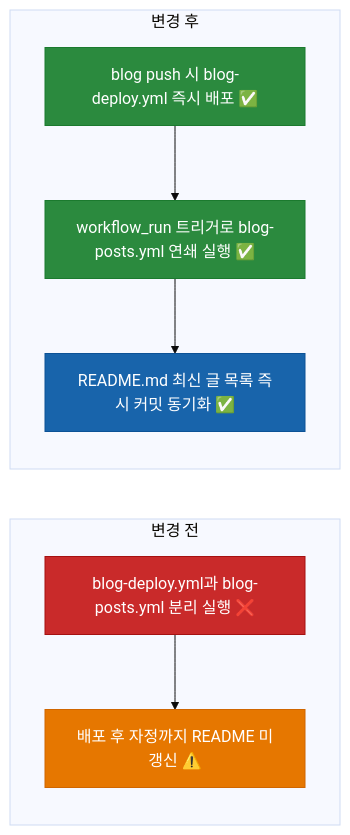
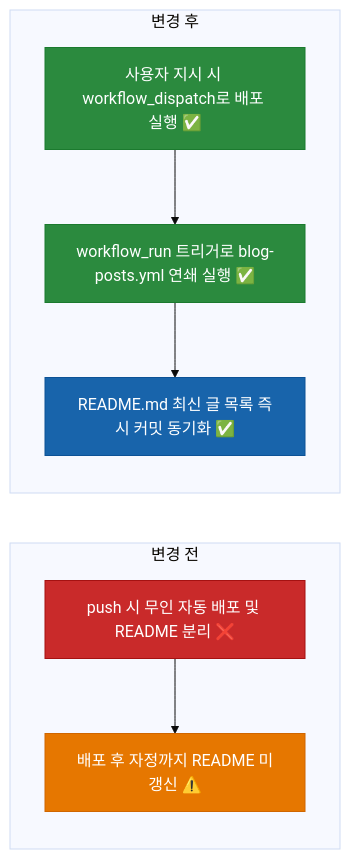
One commit to ibocon/ibocon changed the diagram in docs/planning/261016_refac_sync-blog-repo-and-ci-workflow-triggers.md. Above: the diagram before and after it, drawn with Mermaid (base theme). The commit also changed other lines of this file and 12 other files, not shown here.

````diff
--- a/docs/planning/261016_refac_sync-blog-repo-and-ci-workflow-triggers.md
+++ b/docs/planning/261016_refac_sync-blog-repo-and-ci-workflow-triggers.md
@@ -45,15 +45,15 @@
 ```mermaid
 graph LR
     subgraph 변경 전
-        A["blog-deploy.yml과 blog-posts.yml 분리 실행 ❌"] --> B["배포 후 자정까지 README 미갱신 ⚠️"]
+        A["push 시 무인 자동 배포 및 README 분리 ❌"] --> B["배포 후 자정까지 README 미갱신 ⚠️"]
     end
     subgraph 변경 후
-        C["blog push 시 blog-deploy.yml 즉시 배포 ✅"] --> D["workflow_run 트리거로 blog-posts.yml 연쇄 실행 ✅"]
+        C["사용자 지시 시 workflow_dispatch로 배포 실행 ✅"] --> D["workflow_run 트리거로 blog-posts.yml 연쇄 실행 ✅"]
         D --> E["README.md 최신 글 목록 즉시 커밋 동기화 ✅"]
     end
     style A fill:#c92a2a,stroke:#a51111,color:#fff
     style B fill:#e67700,stroke:#d06600,color:#fff
     style C fill:#2b8a3e,stroke:#1b7a2e,color:#fff
     style D fill:#2b8a3e,stroke:#1b7a2e,color:#fff
     style E fill:#1864ab,stroke:#0c5296,color:#fff
 ```
````
